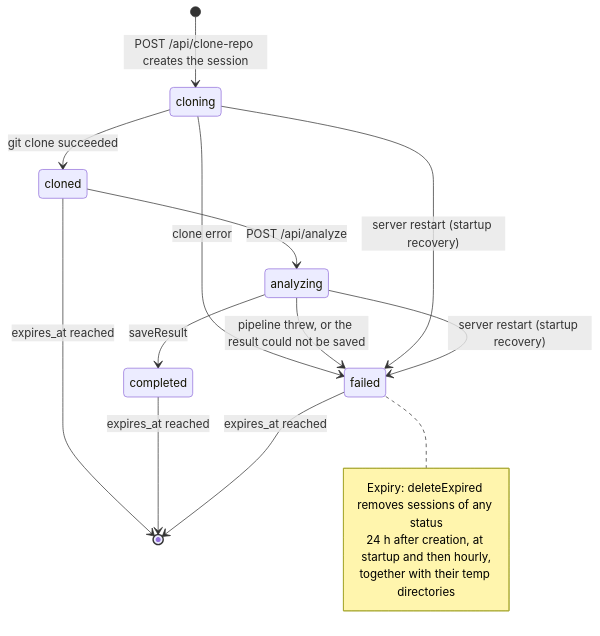
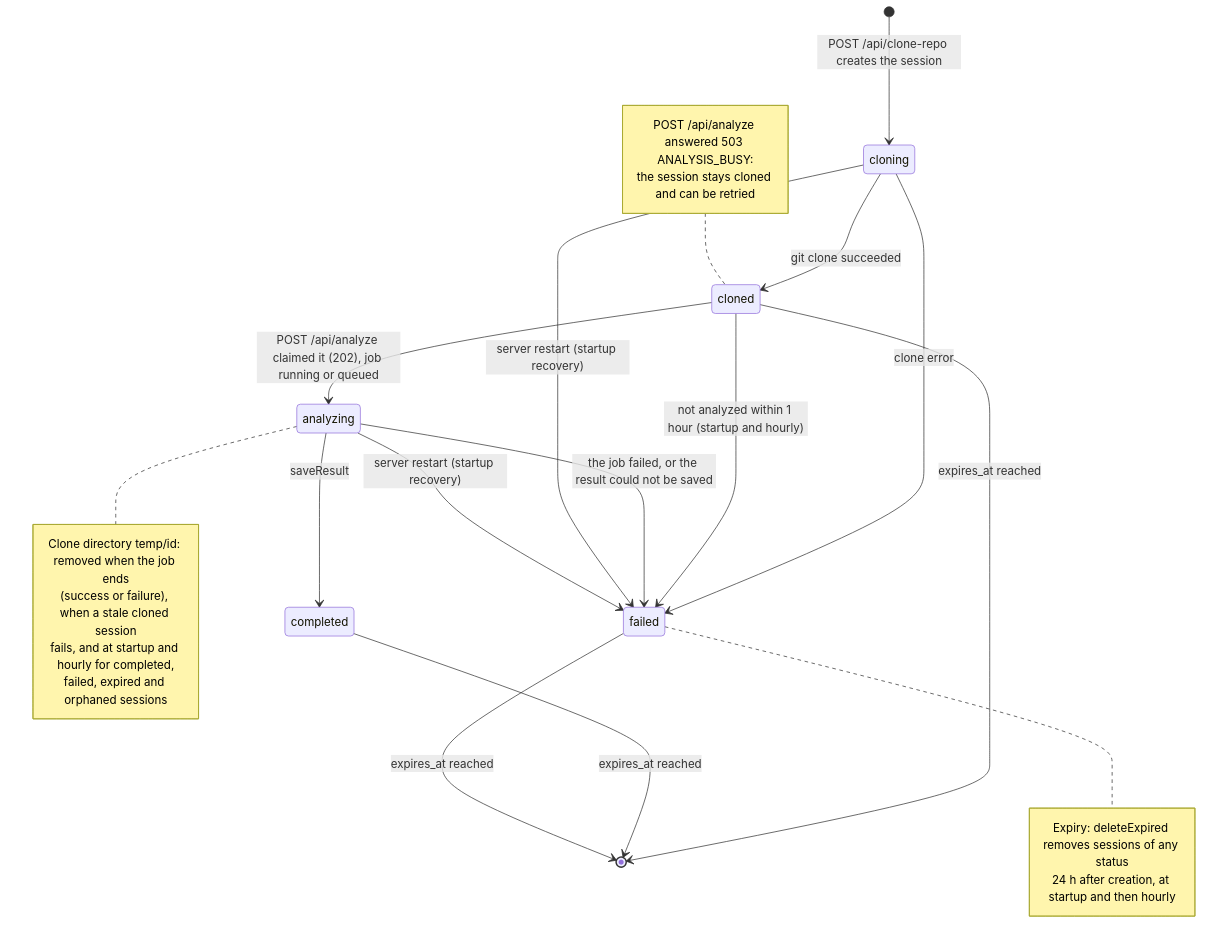
Before and after one commit to bipul724/InfraMind: the sixth of 7 diagrams in ARCHITECTURE.md, drawn with Mermaid. The commit also changed other lines of this file and 34 other files, not shown here.

````diff
--- a/ARCHITECTURE.md
+++ b/ARCHITECTURE.md
@@ -207,19 +222,29 @@
 ```mermaid
 stateDiagram-v2
     [*] --> cloning: POST /api/clone-repo creates the session
     cloning --> cloned: git clone succeeded
     cloning --> failed: clone error
-    cloned --> analyzing: POST /api/analyze
+    cloned --> analyzing: POST /api/analyze claimed it (202), job running or queued
+    cloned --> failed: not analyzed within 1 hour (startup and hourly)
     analyzing --> completed: saveResult
-    analyzing --> failed: pipeline threw, or the result could not be saved
+    analyzing --> failed: the job failed, or the result could not be saved
     cloning --> failed: server restart (startup recovery)
     analyzing --> failed: server restart (startup recovery)
     cloned --> [*]: expires_at reached
     completed --> [*]: expires_at reached
     failed --> [*]: expires_at reached
+    note left of cloned
+        POST /api/analyze answered 503 ANALYSIS_BUSY:
+        the session stays cloned and can be retried
+    end note
+    note right of analyzing
+        Clone directory temp/id: removed when the job ends
+        (success or failure), when a stale cloned session
+        fails, and at startup and hourly for completed,
+        failed, expired and orphaned sessions
+    end note
     note right of failed
         Expiry: deleteExpired removes sessions of any status
-        24 h after creation, at startup and then hourly,
-        together with their temp directories
+        24 h after creation, at startup and then hourly
     end note
 ```
````
